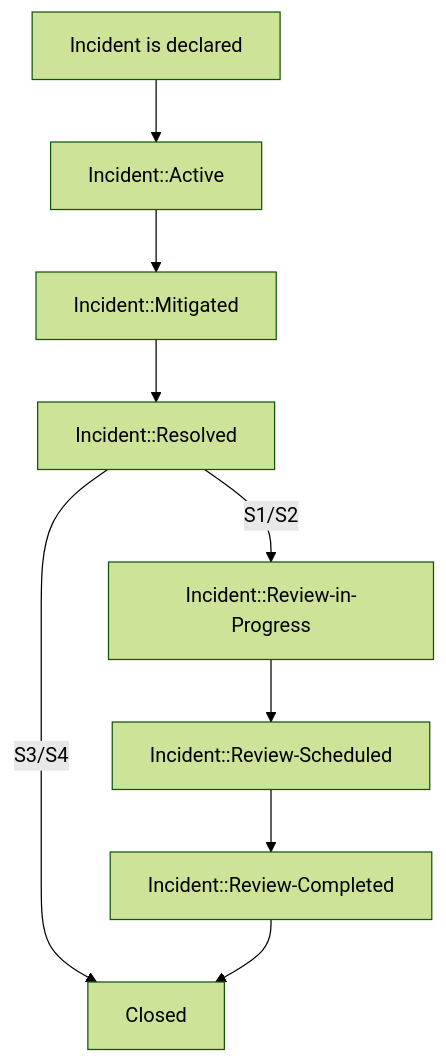
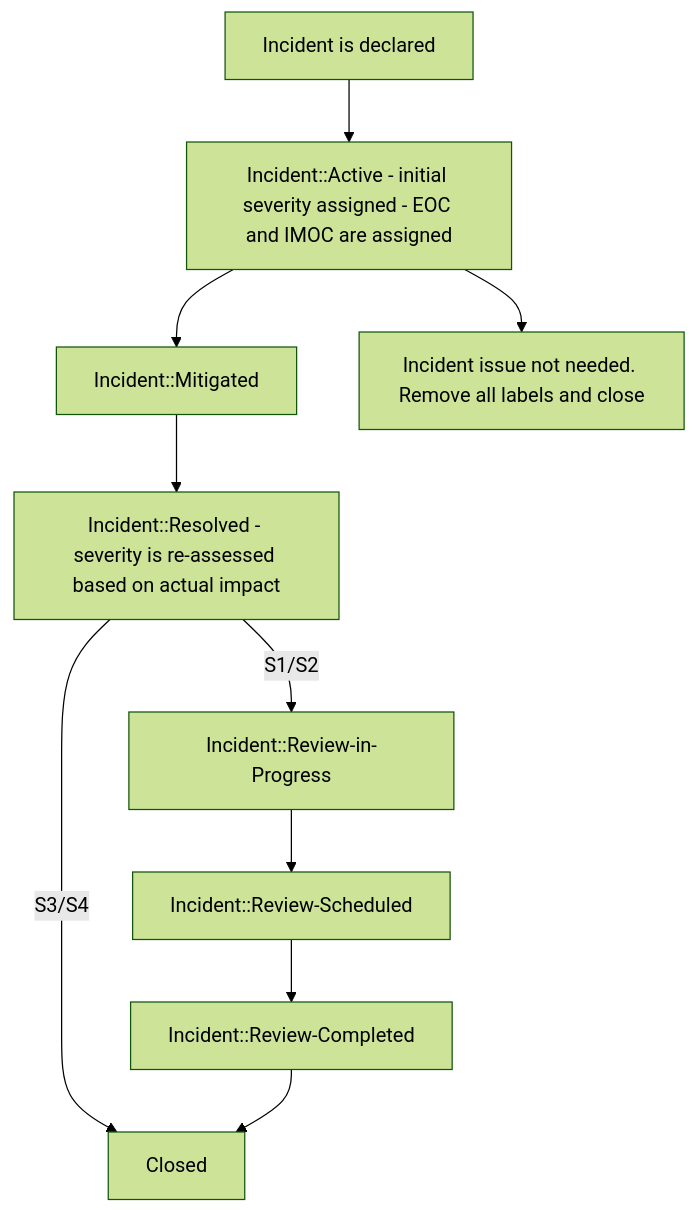
One commit to secretstartups/handbook changed the diagram in infrastructure/incident-management/index.html.md. Above: the diagram before and after it, drawn with Mermaid (forest theme).

Commit message:
Expands the mermaid chart to reflect recent workflow changes.

````diff
--- a/infrastructure/incident-management/index.html.md
+++ b/infrastructure/incident-management/index.html.md
@@ -331,11 +331,12 @@
 ```mermaid
 graph TD
-  A[Incident is declared] --> B[Incident::Active]
+  A[Incident is declared] --> B[Incident::Active - initial severity assigned - EOC and IMOC are assigned]
   B --> C[Incident::Mitigated]
-  C --> D[Incident::Resolved]
+  C --> D[Incident::Resolved - severity is re-assessed based on actual impact]
   D -->|S1/S2| E[Incident::Review-in-Progress]
   D -->|S3/S4| Z[Closed]
+  B --> Y[Incident issue not needed. Remove all labels and close]
   E --> F[Incident::Review-Scheduled]
   F --> G[Incident::Review-Completed]
   G --> Z
 ```
````
